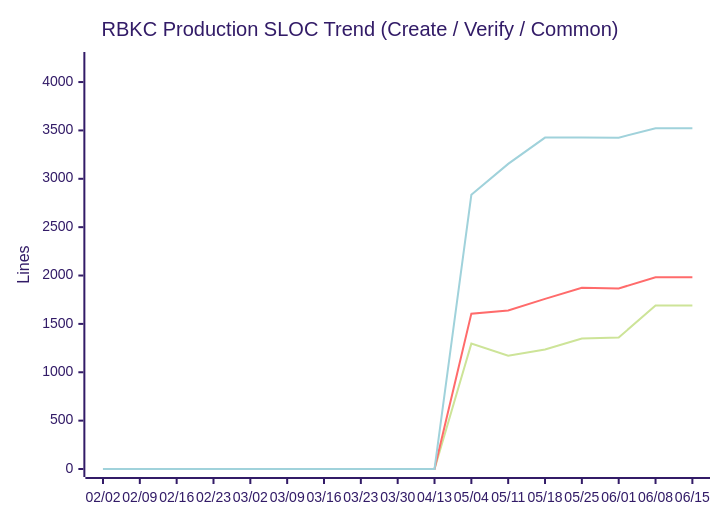
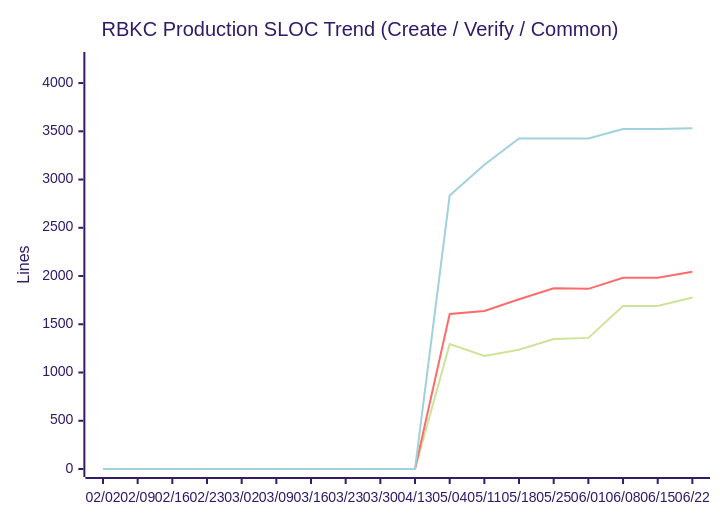
Before and after one commit to nablarch/nabledge-dev: diagram 11 of 14 in docs/metrics.md, drawn with Mermaid (forest theme). The commit also changed other lines of this file and 2 other files, not shown here.

````diff
--- a/docs/metrics.md
+++ b/docs/metrics.md
@@ -146,9 +146,9 @@
 ```mermaid
 xychart-beta
   title "RBKC Production SLOC Trend (Create / Verify / Common)"
-  x-axis ["02/02", "02/09", "02/16", "02/23", "03/02", "03/09", "03/16", "03/23", "03/30", "04/13", "05/04", "05/11", "05/18", "05/25", "06/01", "06/08", "06/15"]
-  y-axis "Lines" 0 --> 4228
-  line [0, 0, 0, 0, 0, 0, 0, 0, 0, 0, 1296, 1172, 1236, 1348, 1359, 1690, 1690]
-  line [0, 0, 0, 0, 0, 0, 0, 0, 0, 0, 1606, 1638, 1759, 1873, 1867, 1982, 1982]
-  line [0, 0, 0, 0, 0, 0, 0, 0, 0, 0, 2834, 3154, 3426, 3426, 3425, 3523, 3523]
+  x-axis ["02/02", "02/09", "02/16", "02/23", "03/02", "03/09", "03/16", "03/23", "03/30", "04/13", "05/04", "05/11", "05/18", "05/25", "06/01", "06/08", "06/15", "06/22"]
+  y-axis "Lines" 0 --> 4239
+  line [0, 0, 0, 0, 0, 0, 0, 0, 0, 0, 1296, 1172, 1236, 1348, 1359, 1690, 1690, 1777]
+  line [0, 0, 0, 0, 0, 0, 0, 0, 0, 0, 1606, 1638, 1759, 1873, 1867, 1982, 1982, 2044]
+  line [0, 0, 0, 0, 0, 0, 0, 0, 0, 0, 2834, 3154, 3426, 3426, 3425, 3523, 3523, 3532]
 ```
````
